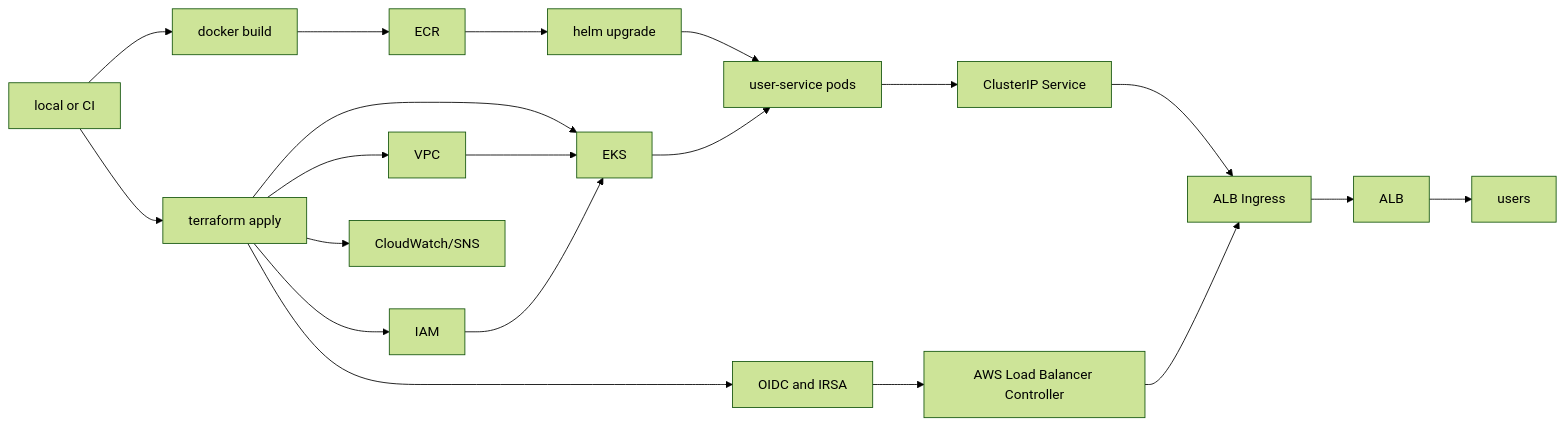
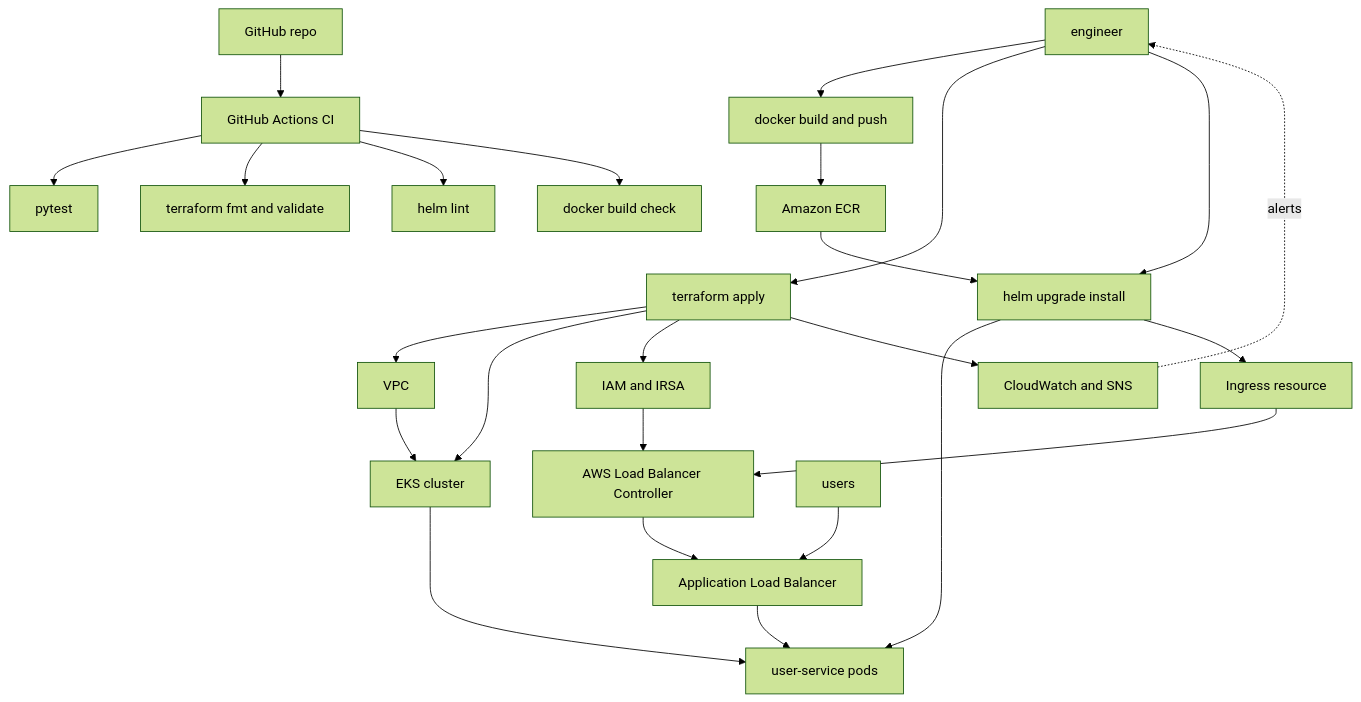
The diagram in README.md (sashank1064/cloud-native-ci-cd), drawn with Mermaid (forest theme) before and after one commit.

Commit message:
Rewrite architecture diagram: fix traffic direction, add CI pipeline, split deploy paths

````diff
--- a/README.md
+++ b/README.md
@@ -45,25 +45,31 @@
 ```mermaid
-flowchart LR
-    Dev[local or CI] --> Build[docker build]
-    Build --> ECR[ECR]
+flowchart TB
+    Repo[GitHub repo] --> CI[GitHub Actions CI]
+    CI --> Tests[pytest]
+    CI --> TFCheck[terraform fmt and validate]
+    CI --> HelmLint[helm lint]
+    CI --> DockerCheck[docker build check]
 
-    Dev --> TF[terraform apply]
-    TF --> VPC[VPC]
-    TF --> EKS[EKS]
-    TF --> IAM[IAM]
-    TF --> IRSA[OIDC and IRSA]
-    TF --> Alerts[CloudWatch/SNS]
+    Dev[engineer] --> Build[docker build and push]
+    Build --> ECR[Amazon ECR]
+    Dev --> TFApply[terraform apply]
+    Dev --> HelmUp[helm upgrade install]
+    ECR --> HelmUp
 
-    ECR --> Helm[helm upgrade]
+    TFApply --> VPC[VPC]
+    TFApply --> EKS[EKS cluster]
+    TFApply --> IRSA[IAM and IRSA]
+    TFApply --> Alerts[CloudWatch and SNS]
+
     IRSA --> LBC[AWS Load Balancer Controller]
-    Helm --> Pods[user-service pods]
-    Pods --> Svc[ClusterIP Service]
-    Svc --> Ing[ALB Ingress]
-    LBC --> Ing
-    Ing --> ALB[ALB]
-    ALB --> Users[users]
+    HelmUp --> Pods[user-service pods]
+    HelmUp --> Ing[Ingress resource]
+    Ing --> LBC
+    LBC --> ALB[Application Load Balancer]
 
     VPC --> EKS
-    IAM --> EKS
     EKS --> Pods
+    Users[users] --> ALB
+    ALB --> Pods
+    Alerts -.alerts.-> Dev
 ```
````
